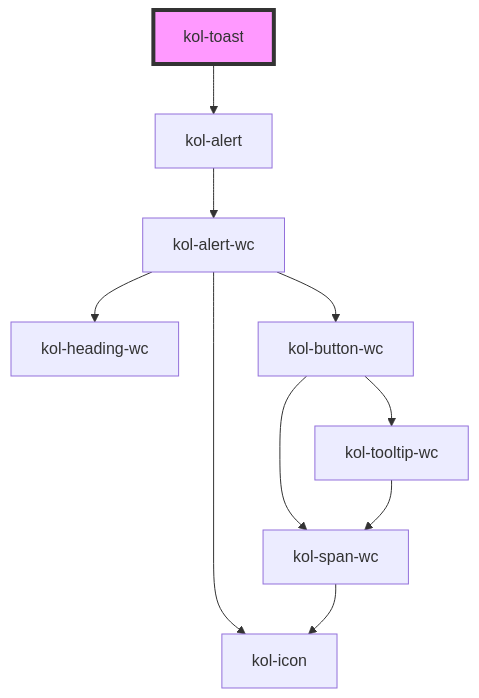
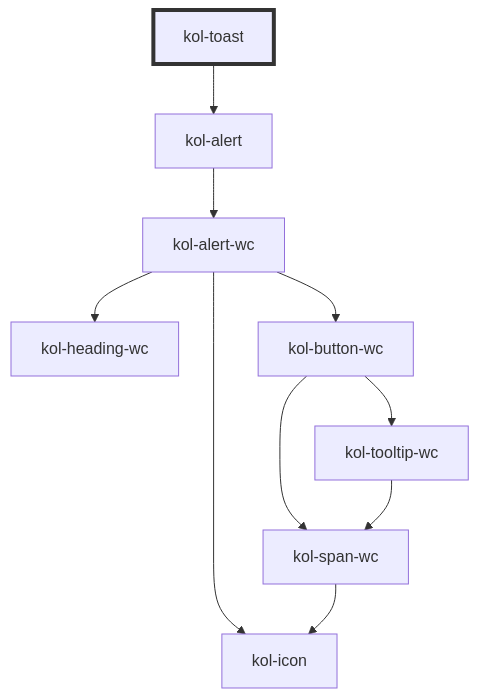
One commit to public-ui/kolibri changed the diagram in packages/components/src/components/toast/readme.md. Above: the diagram before and after it, drawn with Mermaid. The commit also changed 372 other files, not shown here.

````diff
--- a/packages/components/src/components/toast/readme.md
+++ b/packages/components/src/components/toast/readme.md
@@ -89,13 +89,13 @@
 ```mermaid
 graph TD;
   kol-toast --> kol-alert
   kol-alert --> kol-alert-wc
   kol-alert-wc --> kol-heading-wc
   kol-alert-wc --> kol-button-wc
   kol-alert-wc --> kol-icon
   kol-button-wc --> kol-span-wc
   kol-button-wc --> kol-tooltip-wc
   kol-span-wc --> kol-icon
   kol-tooltip-wc --> kol-span-wc
-  style kol-toast fill:#f9f,stroke:#333,stroke-width:4px
+  style kol-toast stroke:#333,stroke-width:4px
 ```
````
